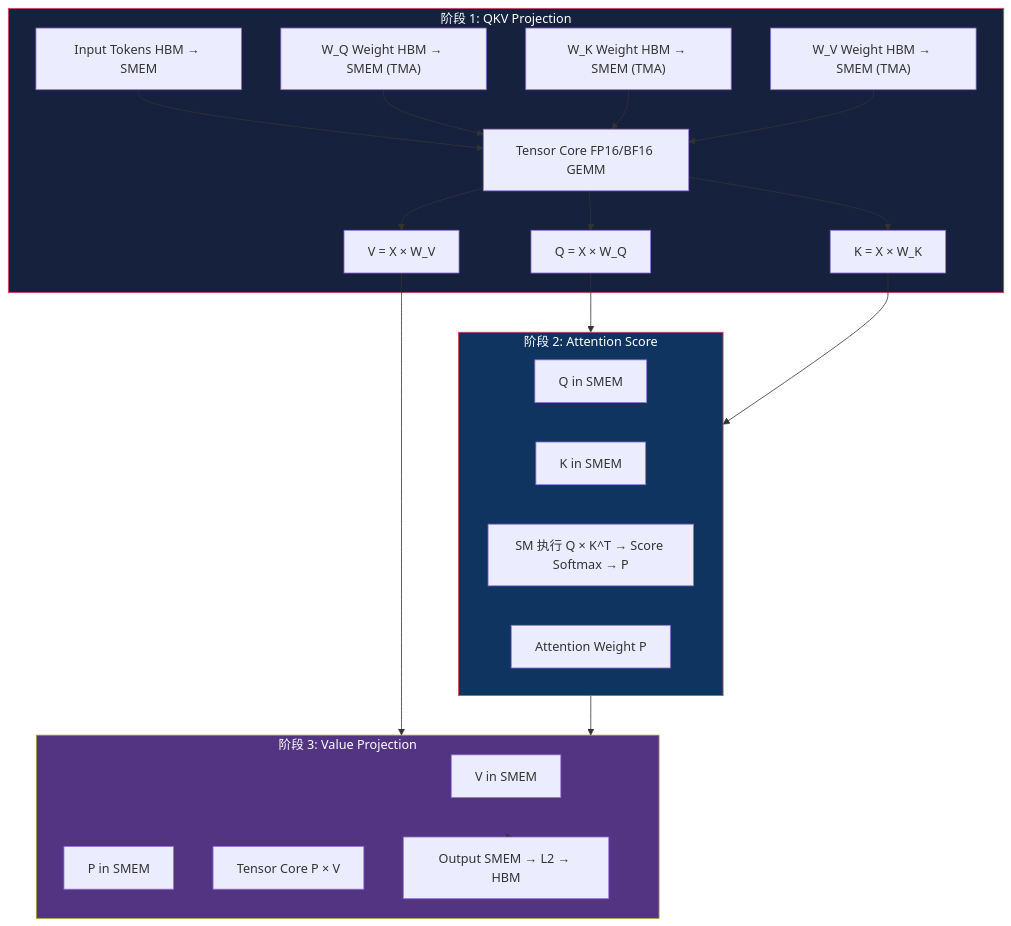
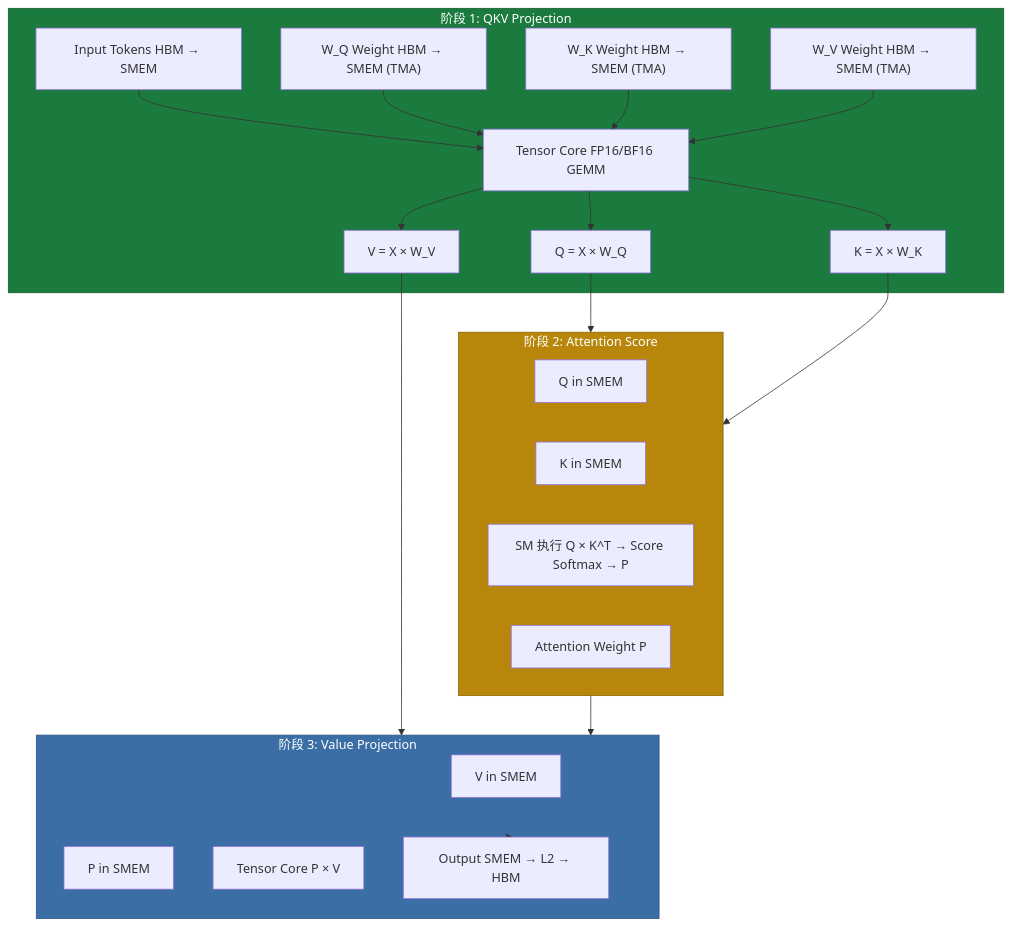
One commit to carlvinhust2012/MyStudy changed diagram 13 of 14 in AI Infra相关/LLM/nvida H100 GPU架构.md. Above: the diagram before and after it, drawn with Mermaid. The commit also changed other lines of this file, not shown here.

````diff
--- a/AI Infra相关/LLM/nvida H100 GPU架构.md
+++ b/AI Infra相关/LLM/nvida H100 GPU架构.md
@@ -800,41 +836,41 @@
 ```mermaid
 graph TB
     subgraph Phase1["阶段 1: QKV Projection"]
         IN1["Input Tokens HBM → SMEM"]
         WQ["W_Q Weight HBM → SMEM (TMA)"]
         WK["W_K Weight HBM → SMEM (TMA)"]
         WV["W_V Weight HBM → SMEM (TMA)"]
         TC1["Tensor Core FP16/BF16 GEMM"]
         Q["Q = X × W_Q"]
         K["K = X × W_K"]
         V["V = X × W_V"]
     end
 
     subgraph Phase2["阶段 2: Attention Score"]
         SMEM_Q["Q in SMEM"]
         SMEM_K["K in SMEM"]
         SDPA["SM 执行 Q × K^T → Score Softmax → P"]
         SMEM_P["Attention Weight P"]
     end
 
     subgraph Phase3["阶段 3: Value Projection"]
         SMEM_V["V in SMEM"]
         SMEM_P2["P in SMEM"]
         TC3["Tensor Core P × V"]
         OUT["Output SMEM → L2 → HBM"]
     end
 
     IN1 --> TC1
     WQ --> TC1
     WK --> TC1
     WV --> TC1
     TC1 --> Q --> Phase2
     TC1 --> K --> Phase2
     TC1 --> V --> Phase3
     Phase2 --> Phase3
     Phase3 --> OUT
 
-    style Phase1 fill:#16213e,stroke:#e94560,color:#fff
-    style Phase2 fill:#0f3460,stroke:#e94560,color:#fff
-    style Phase3 fill:#533483,color:#fff
+    style Phase1 fill:#1b7a3d,stroke:#145c2e,color:#fff
+    style Phase2 fill:#b8860b,stroke:#8b6508,color:#fff
+    style Phase3 fill:#3a6ea5,stroke:#2c5282,color:#fff
 ```
````
